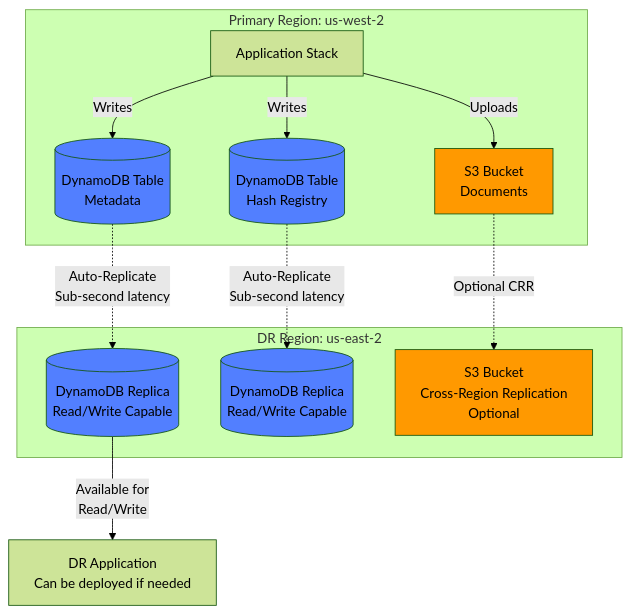
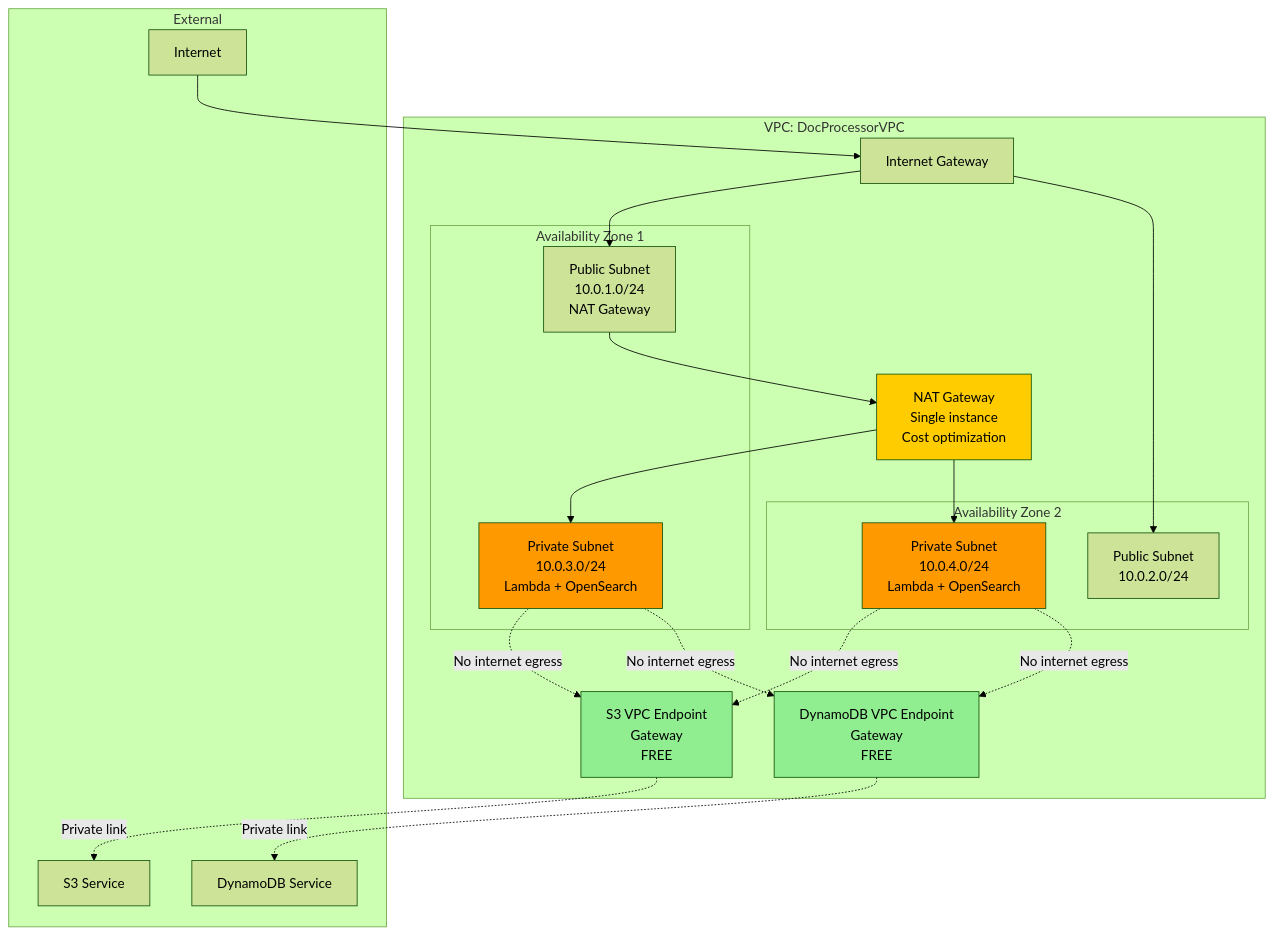
One commit to annabook21/IntelligentDoc_Processor changed the ninth of 19 diagrams in ARCHITECTURE.md. Above: the diagram before and after it, drawn with Mermaid (forest theme). The commit also changed other lines of this file and 5 other files, not shown here.

First line of the commit message:
Add accurate architecture documentation and AWS diagram creation guides

````diff
--- a/ARCHITECTURE.md
+++ b/ARCHITECTURE.md
@@ -518,32 +447,45 @@
 ```mermaid
 graph TB
-    subgraph "Primary Region: us-west-2"
-        App1[Application Stack]
-        DDB1[(DynamoDB Table<br/>Metadata)]
-        Hash1[(DynamoDB Table<br/>Hash Registry)]
-        S3_1[S3 Bucket<br/>Documents]
+    subgraph "VPC: DocProcessorVPC"
+        subgraph "Availability Zone 1"
+            Public1[Public Subnet<br/>10.0.1.0/24<br/>NAT Gateway]
+            Private1[Private Subnet<br/>10.0.3.0/24<br/>Lambda + OpenSearch]
+        end
+        subgraph "Availability Zone 2"
+            Public2[Public Subnet<br/>10.0.2.0/24]
+            Private2[Private Subnet<br/>10.0.4.0/24<br/>Lambda + OpenSearch]
+        end
+
+        IGW[Internet Gateway]
+        NAT[NAT Gateway<br/>Single instance<br/>Cost optimization]
+        S3EP[S3 VPC Endpoint<br/>Gateway<br/>FREE]
+        DDBEP[DynamoDB VPC Endpoint<br/>Gateway<br/>FREE]
     end
-    
-    subgraph "DR Region: us-east-2"
-        DDB2[(DynamoDB Replica<br/>Read/Write Capable)]
-        Hash2[(DynamoDB Replica<br/>Read/Write Capable)]
-        S3_2[S3 Bucket<br/>Cross-Region Replication<br/>Optional]
+
+    subgraph "External"
+        Internet[Internet]
+        S3[S3 Service]
+        DDB[DynamoDB Service]
     end
-    
-    App1 -->|Writes| DDB1
-    App1 -->|Writes| Hash1
-    App1 -->|Uploads| S3_1
-    
-    DDB1 -.->|Auto-Replicate<br/>Sub-second latency| DDB2
-    Hash1 -.->|Auto-Replicate<br/>Sub-second latency| Hash2
-    S3_1 -.->|Optional CRR| S3_2
-    
-    DDB2 -->|Available for<br/>Read/Write| DR_App[DR Application<br/>Can be deployed if needed]
-    
-    style DDB1 fill:#527fff
-    style DDB2 fill:#527fff
-    style Hash1 fill:#527fff
-    style Hash2 fill:#527fff
-    style S3_1 fill:#ff9900
-    style S3_2 fill:#ff9900
+
+    Internet --> IGW
+    IGW --> Public1
+    IGW --> Public2
+    Public1 --> NAT
+    NAT --> Private1
+    NAT --> Private2
+
+    Private1 -.->|No internet egress| S3EP
+    Private2 -.->|No internet egress| S3EP
+    Private1 -.->|No internet egress| DDBEP
+    Private2 -.->|No internet egress| DDBEP
+
+    S3EP -.->|Private link| S3
+    DDBEP -.->|Private link| DDB
+
+    style Private1 fill:#ff9900
+    style Private2 fill:#ff9900
+    style S3EP fill:#90EE90
+    style DDBEP fill:#90EE90
+    style NAT fill:#ffcc00
 ```
````
